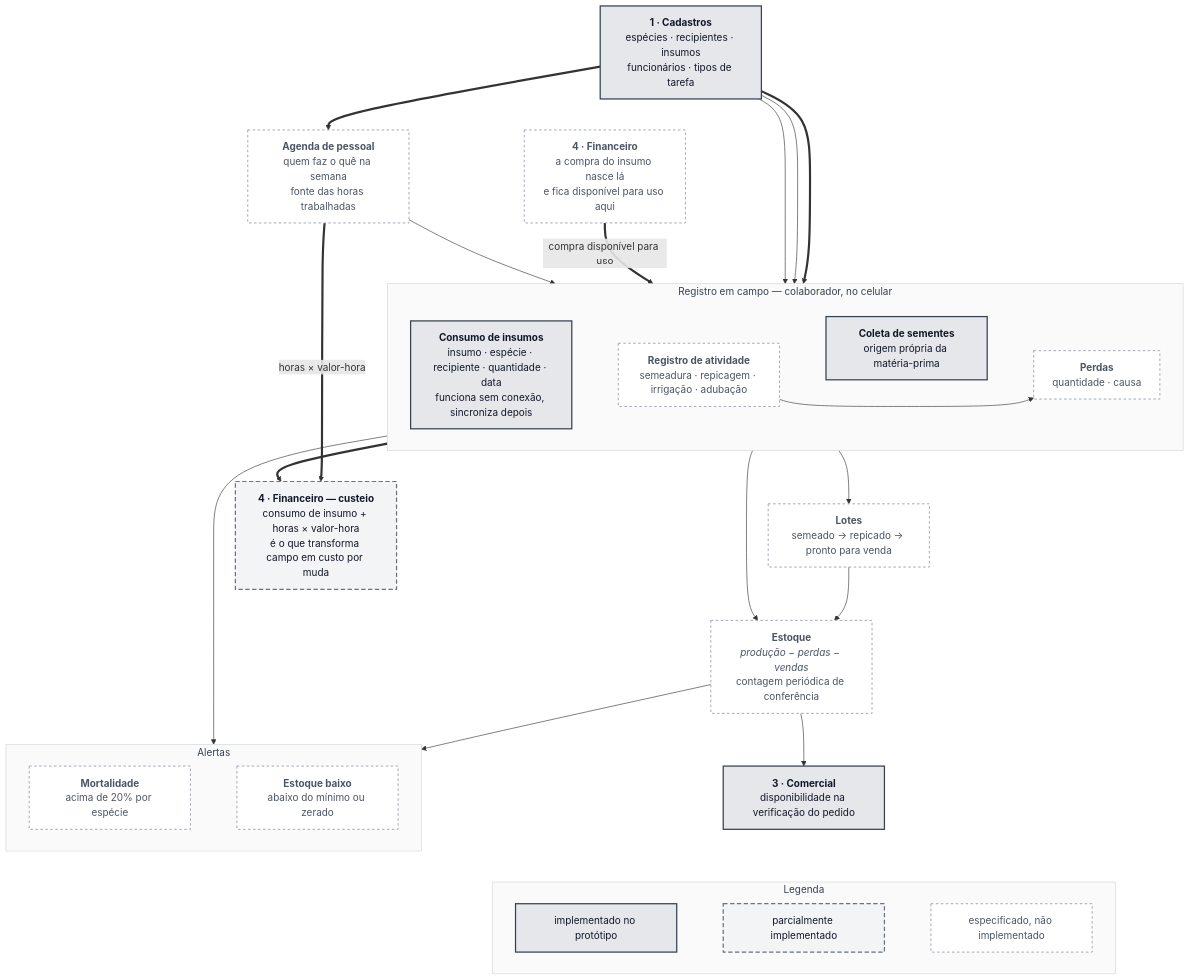
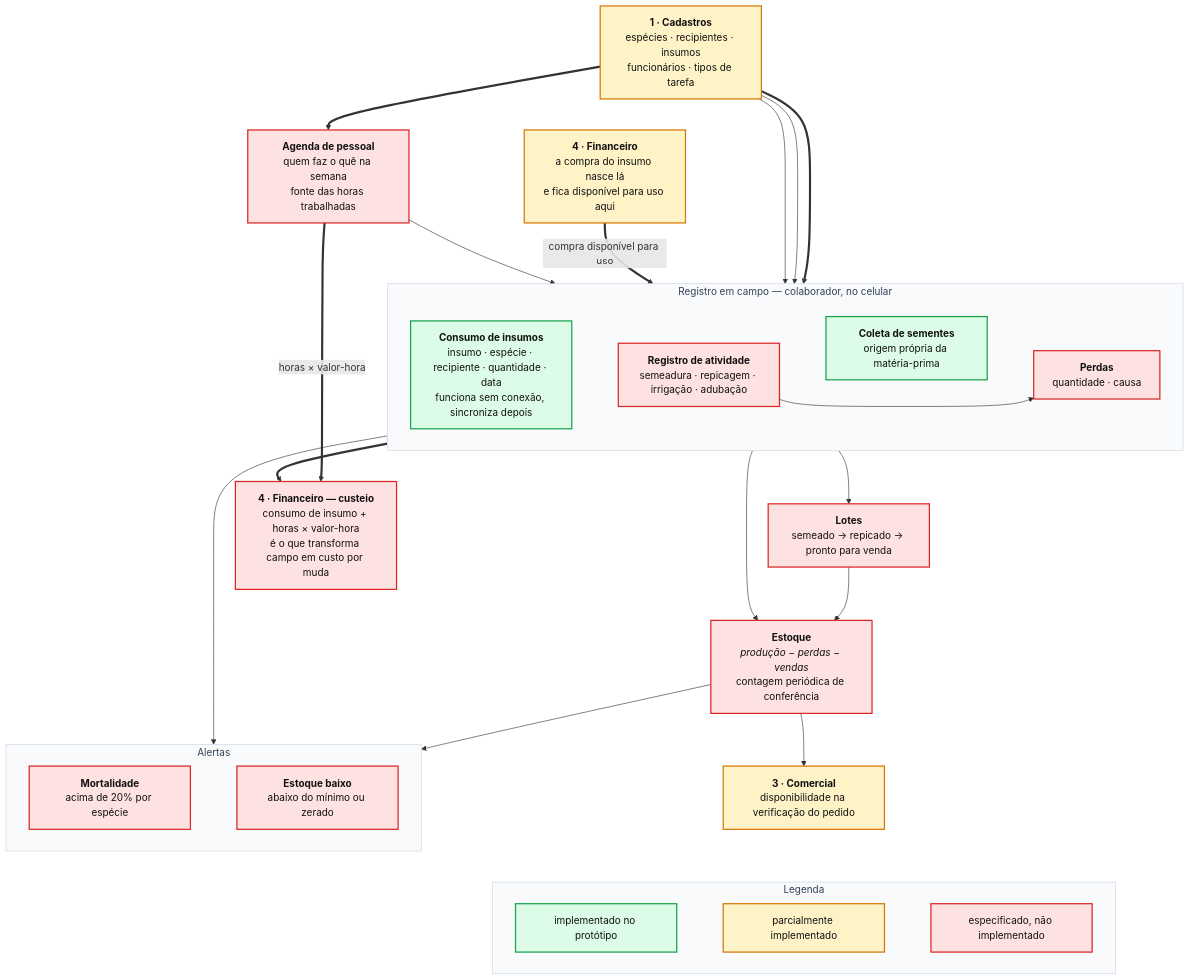
The diagram in docs/rotinas/img/mapa-2-producao.mmd (JoaoMudar/mudar), drawn with Mermaid before and after one commit. The commit also changed other lines of this file and 19 other files, not shown here.

First line of the commit message:
@ docs(rotinas): cor no .mmd, cinza no .png, e um status so

```diff
--- a/docs/rotinas/img/mapa-2-producao.mmd
+++ b/docs/rotinas/img/mapa-2-producao.mmd
@@ -1,64 +1,70 @@
 %% Modulo 2 de 4. Estoque fica aqui (e derivado da producao, nao cadastro).
 %% Custeio e precificacao sairam para o Financeiro: sao dinheiro, e quem os
 %% alimenta e o extrato bancario. A entrada de compras vem de la.
 flowchart TB
   CAD["<b>1 · Cadastros</b><br/>espécies · recipientes · insumos<br/>funcionários · tipos de tarefa"]
   FIN["<b>4 · Financeiro</b><br/>a compra do insumo nasce lá<br/>e fica disponível para uso aqui"]
 
   subgraph CAMPO["Registro em campo &mdash; colaborador, no celular"]
     direction LR
     CON["<b>Consumo de insumos</b><br/>insumo · espécie · recipiente · quantidade · data<br/>funciona sem conexão, sincroniza depois"]
     ATV["<b>Registro de atividade</b><br/>semeadura · repicagem · irrigação · adubação"]
     COL["<b>Coleta de sementes</b><br/>origem própria da matéria-prima"]
     PER["<b>Perdas</b><br/>quantidade · causa"]
     CON ~~~ ATV ~~~ COL ~~~ PER
   end
 
   AGE["<b>Agenda de pessoal</b><br/>quem faz o quê na semana<br/>fonte das horas trabalhadas"]
   LOT["<b>Lotes</b><br/>semeado &rarr; repicado &rarr; pronto para venda"]
   EST["<b>Estoque</b><br/><i>produção &minus; perdas &minus; vendas</i><br/>contagem periódica de conferência"]
 
   subgraph ALE["Alertas"]
     direction LR
     A1["<b>Mortalidade</b><br/>acima de 20% por espécie"]
     A2["<b>Estoque baixo</b><br/>abaixo do mínimo ou zerado"]
     A1 ~~~ A2
   end
 
   COM["<b>3 · Comercial</b><br/>disponibilidade na verificação do pedido"]
   CUS["<b>4 · Financeiro &mdash; custeio</b><br/>consumo de insumo + horas &times; valor-hora<br/>é o que transforma campo em custo por muda"]
 
   CAD ==> CON
   CAD --> ATV
   CAD --> COL
   CAD ==> AGE
   FIN ==>|"compra disponível para uso"| CON
   AGE --> ATV
   ATV --> LOT
   ATV --> PER
   LOT --> EST
   PER --> EST
   CON ==> CUS
   AGE ==>|"horas &times; valor-hora"| CUS
   PER --> A1
   EST --> A2
   EST --> COM
 
   subgraph LEG["Legenda"]
     direction LR
     L1["implementado no protótipo"]
     L2["parcialmente implementado"]
     L3["especificado, não implementado"]
     L1 ~~~ L2 ~~~ L3
   end
   COM ~~~ LEG
 
-  classDef feito fill:#e5e7eb,stroke:#374151,stroke-width:2px,color:#111827
-  classDef parcial fill:#f3f4f6,stroke:#6b7280,stroke-width:2px,color:#111827,stroke-dasharray:7 4
-  classDef futuro fill:#ffffff,stroke:#9ca3af,stroke-width:1.5px,color:#4b5563,stroke-dasharray:4 4
-  classDef grupo fill:#fafafa,stroke:#d1d5db,stroke-width:1px,color:#374151
+  %% Paleta de STATUS — a fonte e colorida de proposito; o PNG sai em cinza.
+  %% Quem troca a cor pelo cinza e `npm run docs:mapas` (scripts/render-mapas.mjs).
+  %% Criterio: ok = toda etapa do modulo tem tela · meio = parte tem · falta = nenhuma tem.
+  classDef ok fill:#dcfce7,stroke:#16a34a,stroke-width:2px,color:#111
+  classDef meio fill:#fef3c7,stroke:#d97706,stroke-width:2px,color:#111
+  classDef falta fill:#fee2e2,stroke:#dc2626,stroke-width:2px,color:#111
+  classDef grupo fill:#f8fafc,stroke:#cbd5e1,stroke-width:1px,color:#334155
+  classDef ator fill:#374151,stroke:#111827,stroke-width:2px,color:#f9fafb
+  classDef decisao fill:#e2e8f0,stroke:#475569,stroke-width:2px,color:#111
 
-  class CAD,CON,COL,COM,L1 feito
-  class CUS,L2 parcial
-  class ATV,PER,AGE,LOT,EST,A1,A2,FIN,L3 futuro
+  %% Duas das dez etapas do modulo tem tela.
+  class CON,COL,L1 ok
+  class CAD,FIN,COM,L2 meio
+  class ATV,PER,AGE,LOT,EST,A1,A2,CUS,L3 falta
   class CAMPO,ALE,LEG grupo
```
